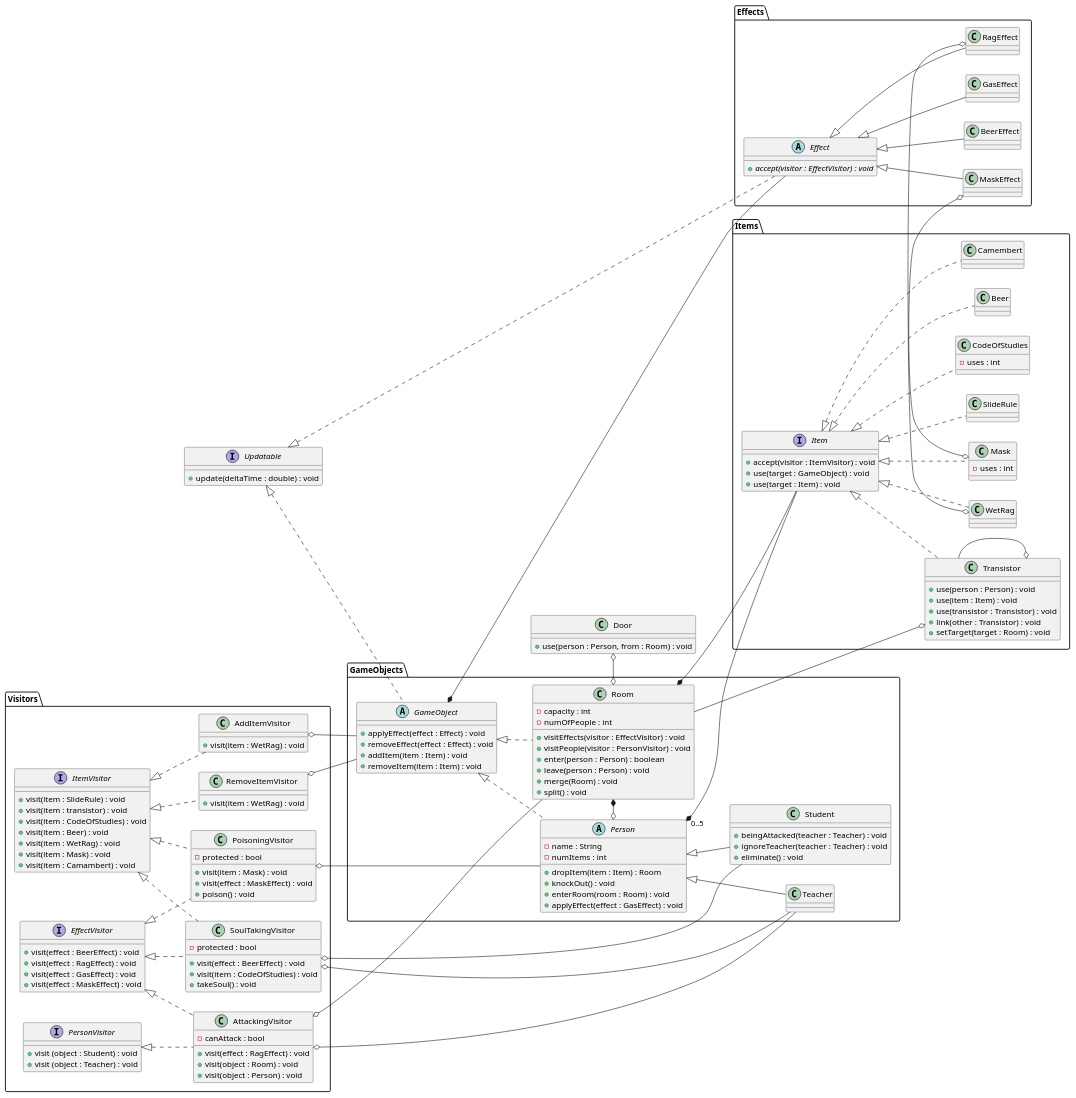
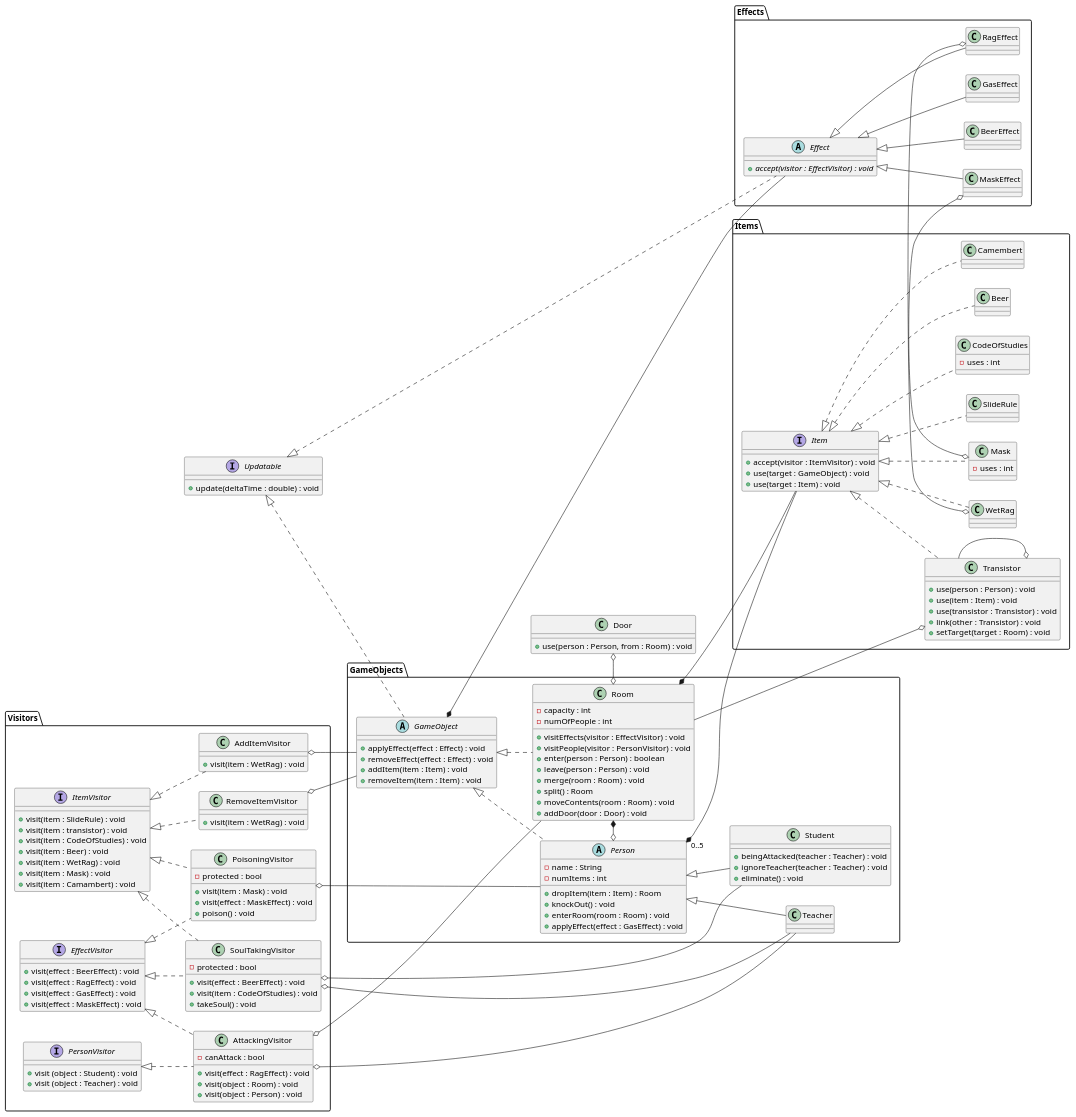
One commit to sn4k3ch4rm3r/logarlec changed the diagram in docs/diagrams/class/overview.puml. Above: the diagram before and after it, drawn with PlantUML. The commit also changed 2 other files, not shown here.

Commit message:
Split & Merge

```diff
--- a/docs/diagrams/class/overview.puml
+++ b/docs/diagrams/class/overview.puml
@@ -86,8 +86,10 @@
 		+ visitPeople(visitor : PersonVisitor) : void
 		+ enter(person : Person) : boolean
 		+ leave(person : Person) : void
-		+ merge(Room) : void
-		+ split() : void
+		+ merge(room : Room) : void
+		+ split() : Room
+		+ moveContents(room : Room) : void
+		+ addDoor(door : Door) : void
 	}
 }
 
```
